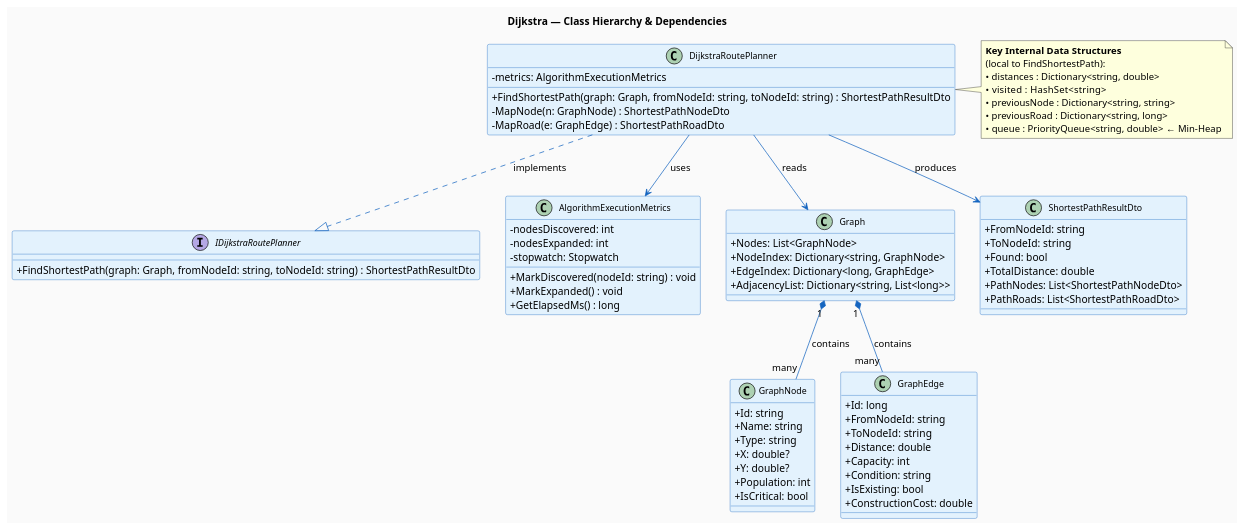
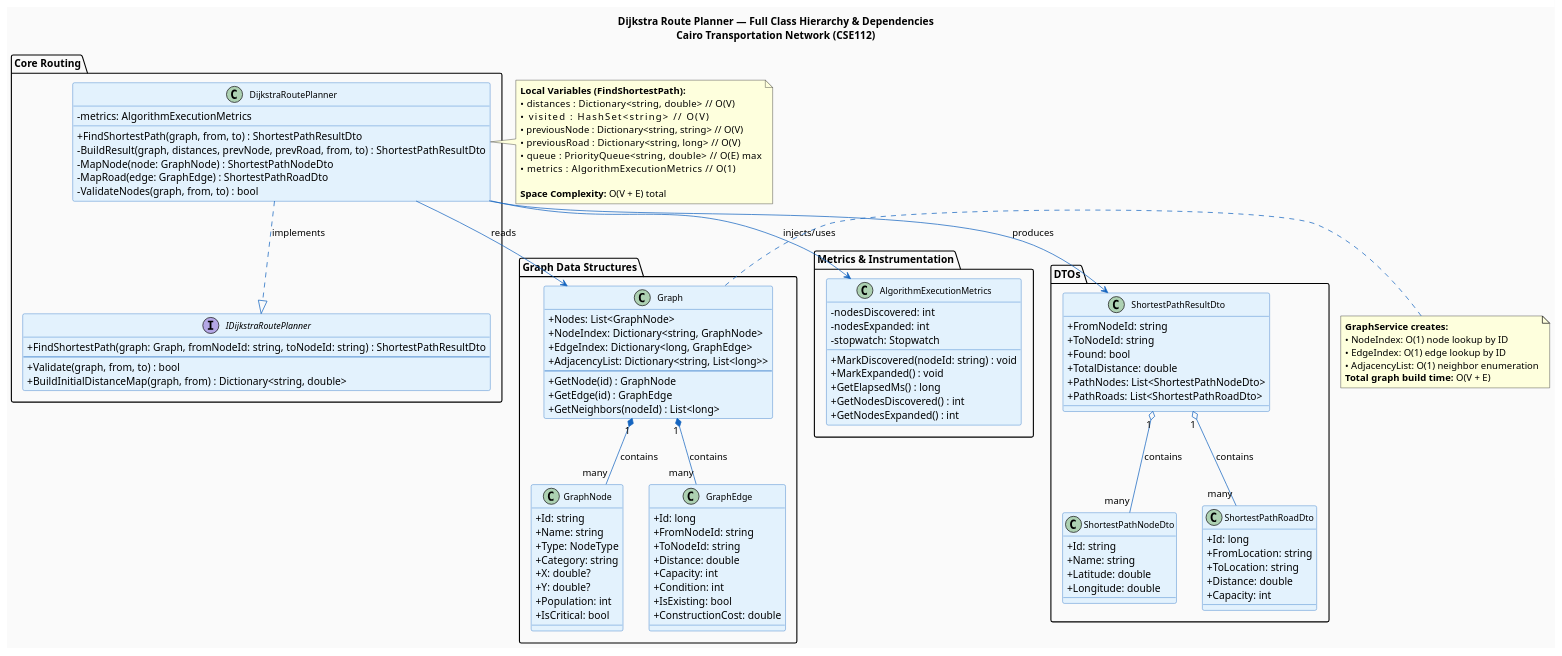
Before and after one commit to AIU-SoftWave/Greater-Cairo-Transportation-Network: the diagram in Deliverables/Theoretical/DijkstraAnalysis/diagrams/class_diagram.puml, drawn with PlantUML. The commit also changed 48 other files, not shown here.

First line of the commit message:
docs: integrate PlantUML diagrams across all documentation and fix special character encoding

```diff
--- a/Deliverables/Theoretical/DijkstraAnalysis/diagrams/class_diagram.puml
+++ b/Deliverables/Theoretical/DijkstraAnalysis/diagrams/class_diagram.puml
@@ -1,91 +1,140 @@
 @startuml DijkstraClassDiagram
 skinparam classAttributeIconSize 0
 skinparam backgroundColor #FAFAFA
 skinparam class {
     BackgroundColor #E3F2FD
     BorderColor #1565C0
     ArrowColor #1565C0
     FontSize 12
 }
 skinparam interface {
     BackgroundColor #E8F5E9
     BorderColor #2E7D32
 }
 
-title Dijkstra — Class Hierarchy & Dependencies
+title Dijkstra Route Planner — Full Class Hierarchy & Dependencies\nCairo Transportation Network (CSE112)
 
-interface IDijkstraRoutePlanner {
-    + FindShortestPath(graph: Graph, fromNodeId: string, toNodeId: string) : ShortestPathResultDto
+package "Core Routing" {
+    interface IDijkstraRoutePlanner {
+        + FindShortestPath(graph: Graph, fromNodeId: string, toNodeId: string) : ShortestPathResultDto
+        --
+        + Validate(graph, from, to) : bool
+        + BuildInitialDistanceMap(graph, from) : Dictionary<string, double>
+    }
+
+    class DijkstraRoutePlanner {
+        - metrics: AlgorithmExecutionMetrics
+        + FindShortestPath(graph, from, to) : ShortestPathResultDto
+        - BuildResult(graph, distances, prevNode, prevRoad, from, to) : ShortestPathResultDto
+        - MapNode(node: GraphNode) : ShortestPathNodeDto
+        - MapRoad(edge: GraphEdge) : ShortestPathRoadDto
+        - ValidateNodes(graph, from, to) : bool
+    }
 }
 
-class DijkstraRoutePlanner {
-    - metrics: AlgorithmExecutionMetrics
-    + FindShortestPath(graph: Graph, fromNodeId: string, toNodeId: string) : ShortestPathResultDto
-    - MapNode(n: GraphNode) : ShortestPathNodeDto
-    - MapRoad(e: GraphEdge) : ShortestPathRoadDto
+package "Metrics & Instrumentation" {
+    class AlgorithmExecutionMetrics {
+        - nodesDiscovered: int
+        - nodesExpanded: int
+        - stopwatch: Stopwatch
+        + MarkDiscovered(nodeId: string) : void
+        + MarkExpanded() : void
+        + GetElapsedMs() : long
+        + GetNodesDiscovered() : int
+        + GetNodesExpanded() : int
+    }
 }
 
-class AlgorithmExecutionMetrics {
-    - nodesDiscovered: int
-    - nodesExpanded: int
-    - stopwatch: Stopwatch
-    + MarkDiscovered(nodeId: string) : void
-    + MarkExpanded() : void
-    + GetElapsedMs() : long
+package "Graph Data Structures" {
+    class Graph {
+        + Nodes: List<GraphNode>
+        + NodeIndex: Dictionary<string, GraphNode>
+        + EdgeIndex: Dictionary<long, GraphEdge>
+        + AdjacencyList: Dictionary<string, List<long>>
+        --
+        + GetNode(id) : GraphNode
+        + GetEdge(id) : GraphEdge
+        + GetNeighbors(nodeId) : List<long>
+    }
+
+    class GraphNode {
+        + Id: string
+        + Name: string
+        + Type: NodeType
+        + Category: string
+        + X: double?
+        + Y: double?
+        + Population: int
+        + IsCritical: bool
+    }
+
+    class GraphEdge {
+        + Id: long
+        + FromNodeId: string
+        + ToNodeId: string
+        + Distance: double
+        + Capacity: int
+        + Condition: int
+        + IsExisting: bool
+        + ConstructionCost: double
+    }
 }
 
-class Graph {
-    + Nodes: List<GraphNode>
-    + NodeIndex: Dictionary<string, GraphNode>
-    + EdgeIndex: Dictionary<long, GraphEdge>
-    + AdjacencyList: Dictionary<string, List<long>>
-}
+package "DTOs" {
+    class ShortestPathResultDto {
+        + FromNodeId: string
+        + ToNodeId: string
+        + Found: bool
+        + TotalDistance: double
+        + PathNodes: List<ShortestPathNodeDto>
+        + PathRoads: List<ShortestPathRoadDto>
+    }
 
-class GraphNode {
-    + Id: string
-    + Name: string
-    + Type: string
-    + X: double?
-    + Y: double?
-    + Population: int
-    + IsCritical: bool
-}
+    class ShortestPathNodeDto {
+        + Id: string
+        + Name: string
+        + Latitude: double
+        + Longitude: double
+    }
 
-class GraphEdge {
-    + Id: long
-    + FromNodeId: string
-    + ToNodeId: string
-    + Distance: double
-    + Capacity: int
-    + Condition: string
-    + IsExisting: bool
-    + ConstructionCost: double
-}
-
-class ShortestPathResultDto {
-    + FromNodeId: string
-    + ToNodeId: string
-    + Found: bool
-    + TotalDistance: double
-    + PathNodes: List<ShortestPathNodeDto>
-    + PathRoads: List<ShortestPathRoadDto>
+    class ShortestPathRoadDto {
+        + Id: long
+        + FromLocation: string
+        + ToLocation: string
+        + Distance: double
+        + Capacity: int
+    }
 }
 
 DijkstraRoutePlanner ..|> IDijkstraRoutePlanner : implements
-DijkstraRoutePlanner --> AlgorithmExecutionMetrics : uses
+DijkstraRoutePlanner --> AlgorithmExecutionMetrics : injects/uses
 DijkstraRoutePlanner --> Graph : reads
 DijkstraRoutePlanner --> ShortestPathResultDto : produces
+
 Graph "1" *-- "many" GraphNode : contains
 Graph "1" *-- "many" GraphEdge : contains
 
+ShortestPathResultDto "1" o-- "many" ShortestPathNodeDto : contains
+ShortestPathResultDto "1" o-- "many" ShortestPathRoadDto : contains
+
 note right of DijkstraRoutePlanner
-  **Key Internal Data Structures**
-  (local to FindShortestPath):
-  • distances : Dictionary<string, double>
-  • visited   : HashSet<string>
-  • previousNode : Dictionary<string, string>
-  • previousRoad : Dictionary<string, long>
-  • queue : PriorityQueue<string, double>  ← Min-Heap
+  **Local Variables (FindShortestPath):**
+  • distances : Dictionary<string, double>     // O(V)
+  • visited   : HashSet<string>                // O(V)
+  • previousNode : Dictionary<string, string>  // O(V)
+  • previousRoad : Dictionary<string, long>    // O(V)
+  • queue : PriorityQueue<string, double>      // O(E) max
+  • metrics : AlgorithmExecutionMetrics        // O(1)
+  
+  **Space Complexity:** O(V + E) total
+end note
+
+note left of Graph
+  **GraphService creates:**
+  • NodeIndex: O(1) node lookup by ID
+  • EdgeIndex: O(1) edge lookup by ID
+  • AdjacencyList: O(1) neighbor enumeration
+  **Total graph build time:** O(V + E)
 end note
 
 @enduml
```
